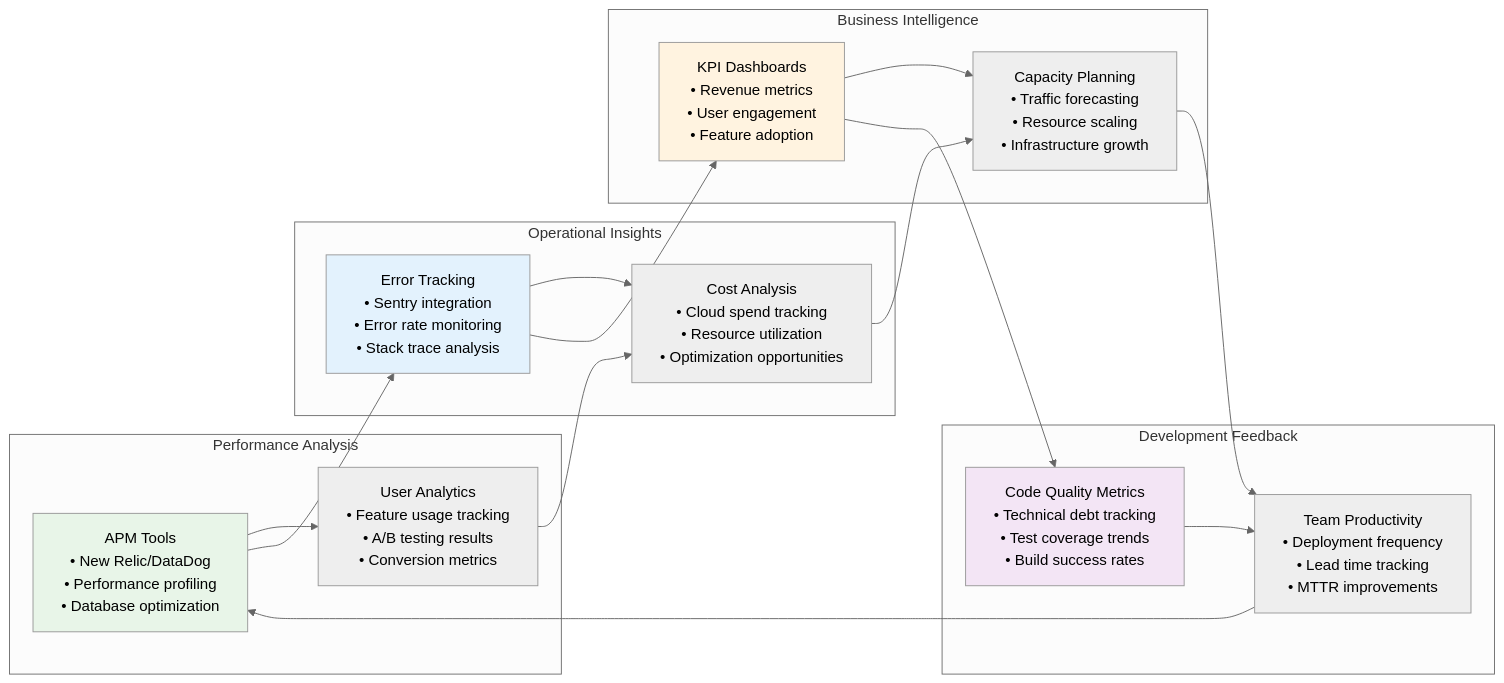
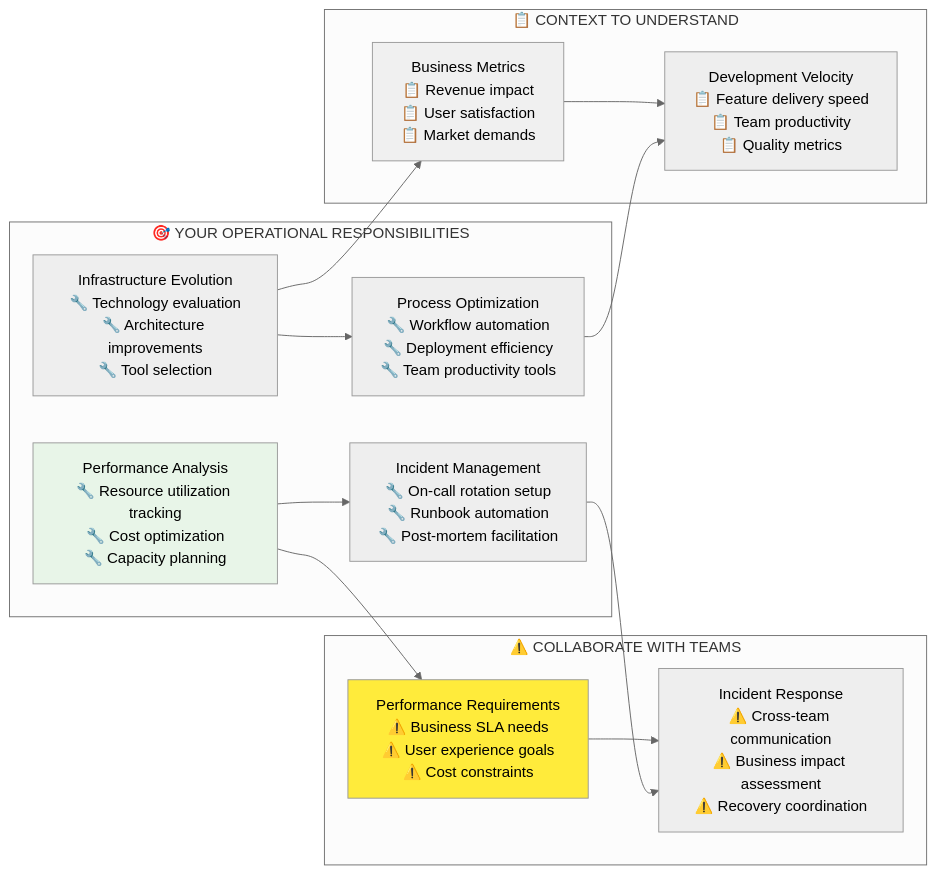
One commit to pelchers/Learning_DevOps changed the ninth of 10 diagrams in Tech_Relationships/13-DevOps_Development_Cycle_Relationships.md. Above: the diagram before and after it, drawn with Mermaid (neutral theme). The commit also changed other lines of this file and 21 other files, not shown here.

````diff
--- a/Tech_Relationships/13-DevOps_Development_Cycle_Relationships.md
+++ b/Tech_Relationships/13-DevOps_Development_Cycle_Relationships.md
@@ -745,31 +628,24 @@
 ```mermaid
 flowchart LR
-    subgraph "Performance Analysis"
-        A["APM Tools<br/>• New Relic/DataDog<br/>• Performance profiling<br/>• Database optimization"] --> B["User Analytics<br/>• Feature usage tracking<br/>• A/B testing results<br/>• Conversion metrics"]
+    subgraph "🎯 YOUR OPERATIONAL RESPONSIBILITIES"
+        A["Performance Analysis<br/>🔧 Resource utilization tracking<br/>🔧 Cost optimization<br/>🔧 Capacity planning"] --> B["Incident Management<br/>🔧 On-call rotation setup<br/>🔧 Runbook automation<br/>🔧 Post-mortem facilitation"]
+        C["Infrastructure Evolution<br/>🔧 Technology evaluation<br/>🔧 Architecture improvements<br/>🔧 Tool selection"] --> D["Process Optimization<br/>🔧 Workflow automation<br/>🔧 Deployment efficiency<br/>🔧 Team productivity tools"]
     end
     
-    subgraph "Operational Insights"
-        C["Error Tracking<br/>• Sentry integration<br/>• Error rate monitoring<br/>• Stack trace analysis"] --> D["Cost Analysis<br/>• Cloud spend tracking<br/>• Resource utilization<br/>• Optimization opportunities"]
+    subgraph "⚠️ COLLABORATE WITH TEAMS"
+        E["Performance Requirements<br/>⚠️ Business SLA needs<br/>⚠️ User experience goals<br/>⚠️ Cost constraints"] --> F["Incident Response<br/>⚠️ Cross-team communication<br/>⚠️ Business impact assessment<br/>⚠️ Recovery coordination"]
     end
     
-    subgraph "Business Intelligence"
-        E["KPI Dashboards<br/>• Revenue metrics<br/>• User engagement<br/>• Feature adoption"] --> F["Capacity Planning<br/>• Traffic forecasting<br/>• Resource scaling<br/>• Infrastructure growth"]
+    subgraph "📋 CONTEXT TO UNDERSTAND"
+        G["Business Metrics<br/>📋 Revenue impact<br/>📋 User satisfaction<br/>📋 Market demands"] --> H["Development Velocity<br/>📋 Feature delivery speed<br/>📋 Team productivity<br/>📋 Quality metrics"]
     end
     
-    subgraph "Development Feedback"
-        G["Code Quality Metrics<br/>• Technical debt tracking<br/>• Test coverage trends<br/>• Build success rates"] --> H["Team Productivity<br/>• Deployment frequency<br/>• Lead time tracking<br/>• MTTR improvements"]
-    end
-    
-    A --> C
-    B --> D
-    C --> E
-    D --> F
-    E --> G
-    F --> H
-    H --> A
+    A --> E
+    B --> F
+    C --> G
+    D --> H
     
     style A fill:#e8f5e8
-    style C fill:#e3f2fd
-    style E fill:#fff3e0
-    style G fill:#f3e5f5
+    style E fill:#ffeb3b
+    style G fill:#f0f0f0
 ```
````
